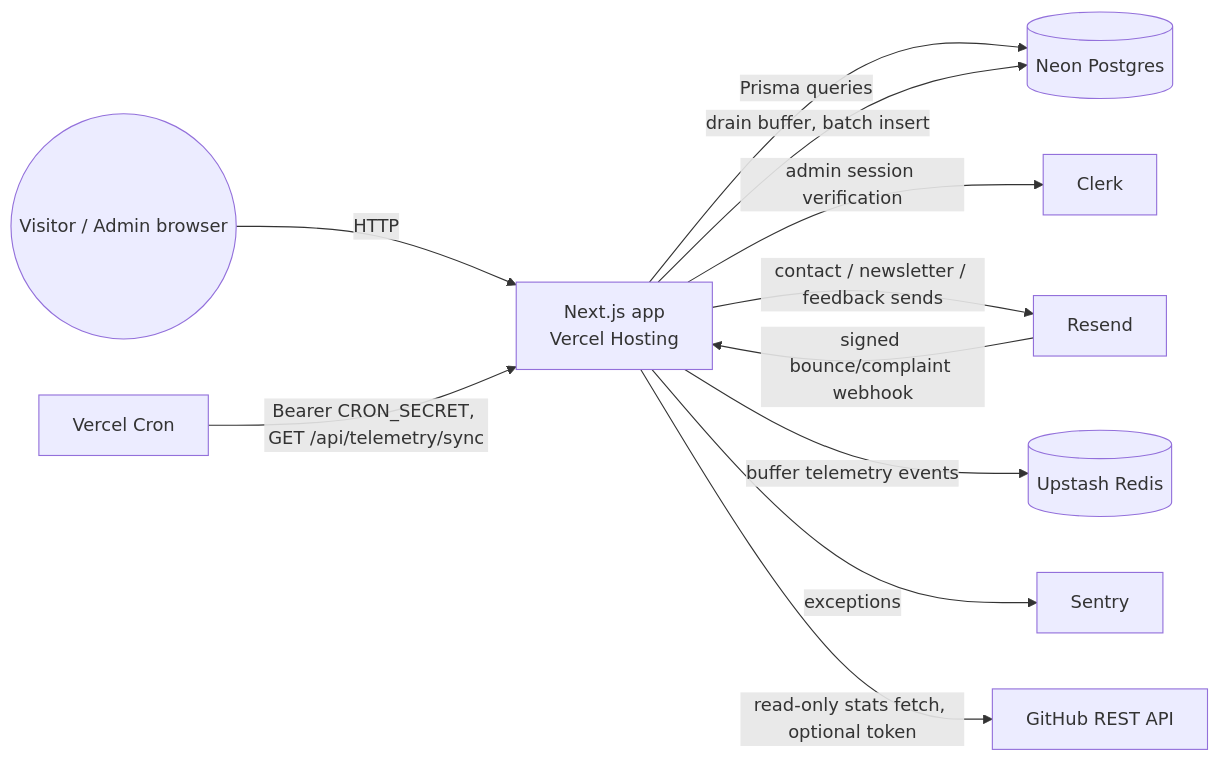
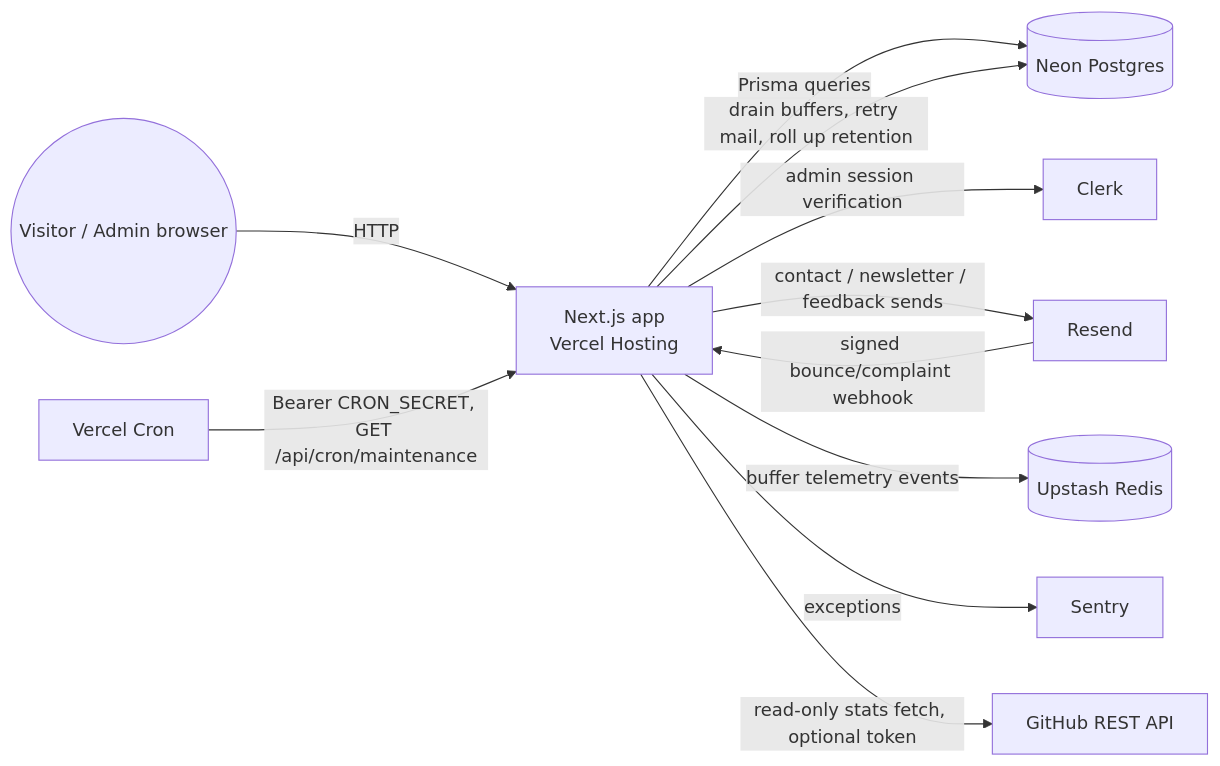
The diagram in docs/reference/integrations-catalog.md (fderuiter/portfolio), drawn with Mermaid before and after one commit. The commit also changed other lines of this file and 36 other files, not shown here.

````diff
--- a/docs/reference/integrations-catalog.md
+++ b/docs/reference/integrations-catalog.md
@@ -37,23 +37,23 @@
 ```mermaid
 flowchart LR
     Visitor((Visitor / Admin browser))
     App[Next.js app<br/>Vercel Hosting]
     Neon[(Neon Postgres)]
     Upstash[(Upstash Redis)]
     Clerk[Clerk]
     Resend[Resend]
     Sentry[Sentry]
     GitHub[GitHub REST API]
     Cron[Vercel Cron]
 
     Visitor -->|HTTP| App
     App -->|Prisma queries| Neon
     App -->|admin session verification| Clerk
     App -->|contact / newsletter / feedback sends| Resend
     Resend -->|signed bounce/complaint webhook| App
     App -->|buffer telemetry events| Upstash
-    Cron -->|"Bearer CRON_SECRET, GET /api/telemetry/sync"| App
-    App -->|drain buffer, batch insert| Neon
+    Cron -->|"Bearer CRON_SECRET, GET /api/cron/maintenance"| App
+    App -->|drain buffers, retry mail, roll up retention| Neon
     App -->|exceptions| Sentry
     App -->|read-only stats fetch, optional token| GitHub
 ```
````
